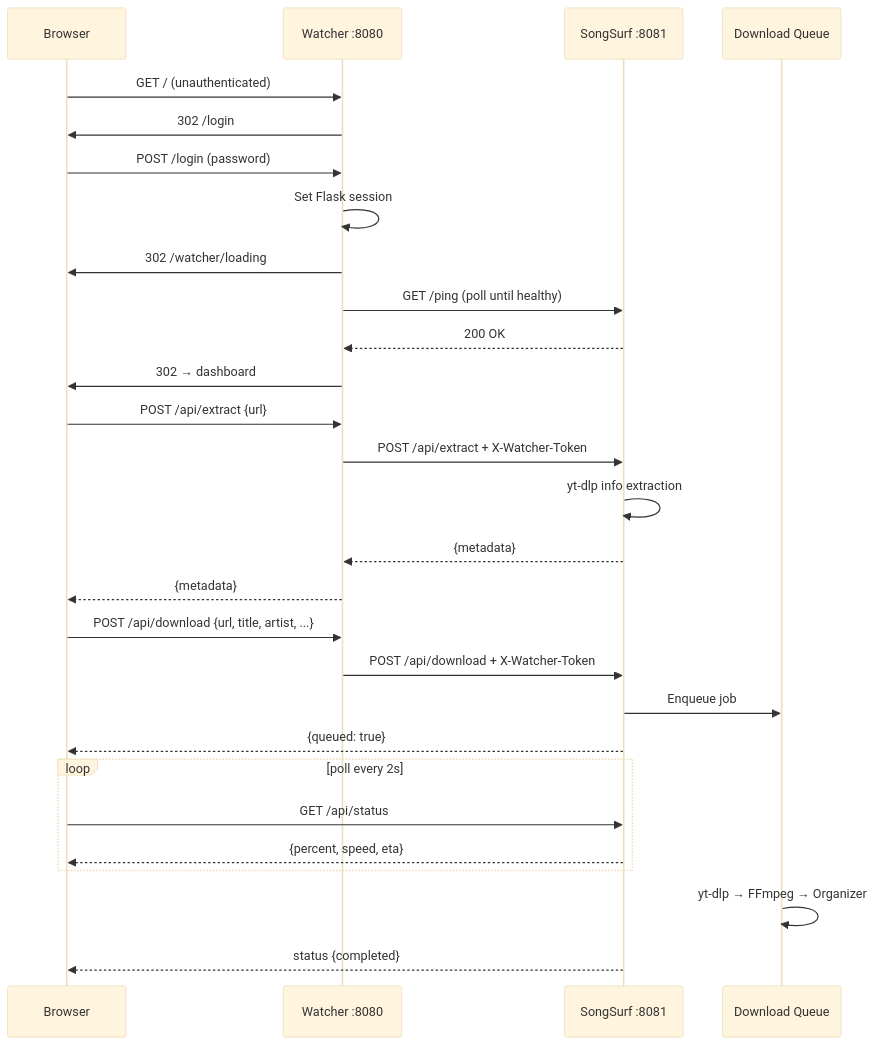
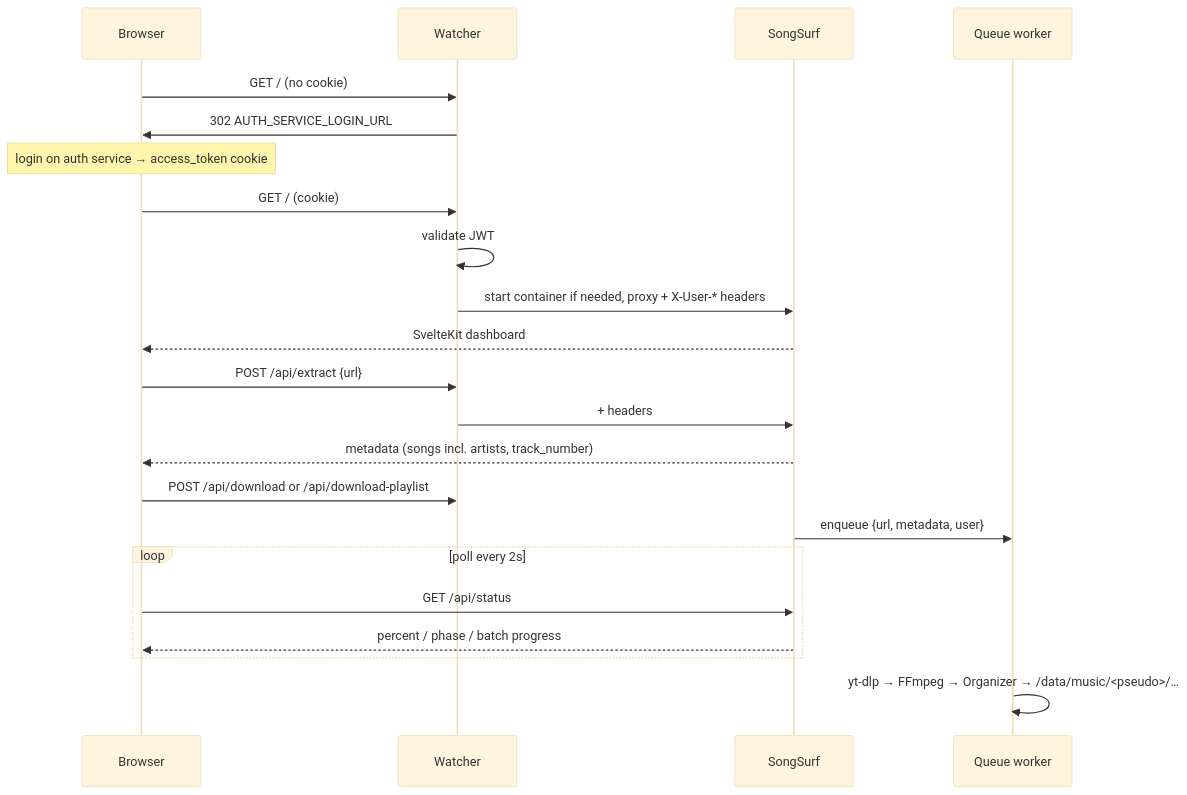
The second of 3 diagrams in documentation/ARCHITECTURE.md (Rev0li/SongSurf), drawn with Mermaid (base theme) before and after one commit. The commit also changed other lines of this file and 7 other files, not shown here.

````diff
--- a/documentation/ARCHITECTURE.md
+++ b/documentation/ARCHITECTURE.md
@@ -65,37 +69,28 @@
 ```mermaid
 sequenceDiagram
     participant B as Browser
-    participant W as Watcher :8080
-    participant S as SongSurf :8081
-    participant Q as Download Queue
+    participant W as Watcher
+    participant S as SongSurf
+    participant Q as Queue worker
 
-    B->>W: GET / (unauthenticated)
-    W->>B: 302 /login
+    B->>W: GET / (no cookie)
+    W->>B: 302 AUTH_SERVICE_LOGIN_URL
+    Note over B: login on auth service → access_token cookie
 
-    B->>W: POST /login (password)
-    W->>W: Set Flask session
-    W->>B: 302 /watcher/loading
-
-    W->>S: GET /ping (poll until healthy)
-    S-->>W: 200 OK
-    W->>B: 302 → dashboard
+    B->>W: GET / (cookie)
+    W->>W: validate JWT
+    W->>S: start container if needed, proxy + X-User-* headers
+    S-->>B: SvelteKit dashboard
 
     B->>W: POST /api/extract {url}
-    W->>S: POST /api/extract + X-Watcher-Token
-    S->>S: yt-dlp info extraction
-    S-->>W: {metadata}
-    W-->>B: {metadata}
+    W->>S: + headers
+    S-->>B: metadata (songs incl. artists, track_number)
 
-    B->>W: POST /api/download {url, title, artist, ...}
-    W->>S: POST /api/download + X-Watcher-Token
-    S->>Q: Enqueue job
-    S-->>B: {queued: true}
-
+    B->>W: POST /api/download or /api/download-playlist
+    S->>Q: enqueue {url, metadata, user}
     loop poll every 2s
         B->>S: GET /api/status
-        S-->>B: {percent, speed, eta}
+        S-->>B: percent / phase / batch progress
     end
-
-    Q->>Q: yt-dlp → FFmpeg → Organizer
-    S-->>B: status {completed}
+    Q->>Q: yt-dlp → FFmpeg → Organizer → /data/music/<pseudo>/…
 ```
````
